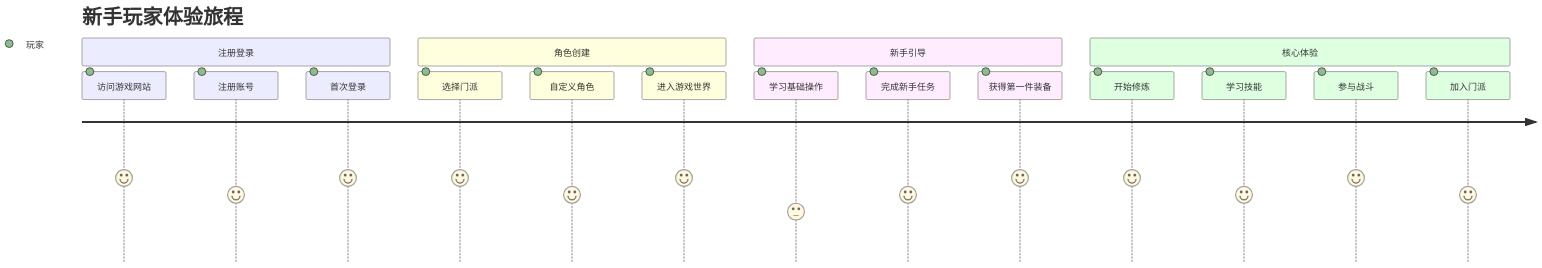
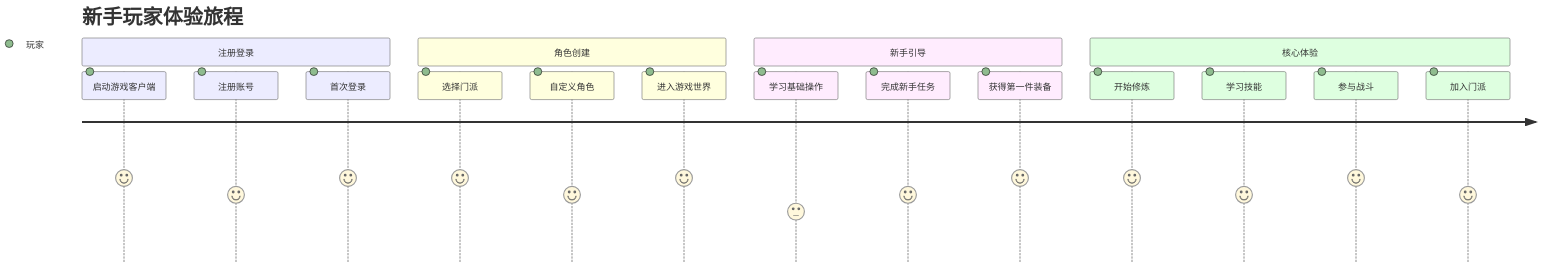
The ninth of 13 diagrams in doc/design/ui-ux/diagrams-guide.md (yingsiqi/Immortality), drawn with Mermaid before and after one commit. The commit also changed other lines of this file and 25 other files, not shown here.

````diff
--- a/doc/design/ui-ux/diagrams-guide.md
+++ b/doc/design/ui-ux/diagrams-guide.md
@@ -254,21 +254,21 @@
 ```mermaid
 journey
     title 新手玩家体验旅程
     section 注册登录
-      访问游戏网站: 5: 玩家
+      启动游戏客户端: 5: 玩家
       注册账号: 4: 玩家
       首次登录: 5: 玩家
     section 角色创建
       选择门派: 5: 玩家
       自定义角色: 4: 玩家
       进入游戏世界: 5: 玩家
     section 新手引导
       学习基础操作: 3: 玩家
       完成新手任务: 4: 玩家
       获得第一件装备: 5: 玩家
     section 核心体验
       开始修炼: 5: 玩家
       学习技能: 4: 玩家
       参与战斗: 5: 玩家
       加入门派: 4: 玩家
 ```
````
